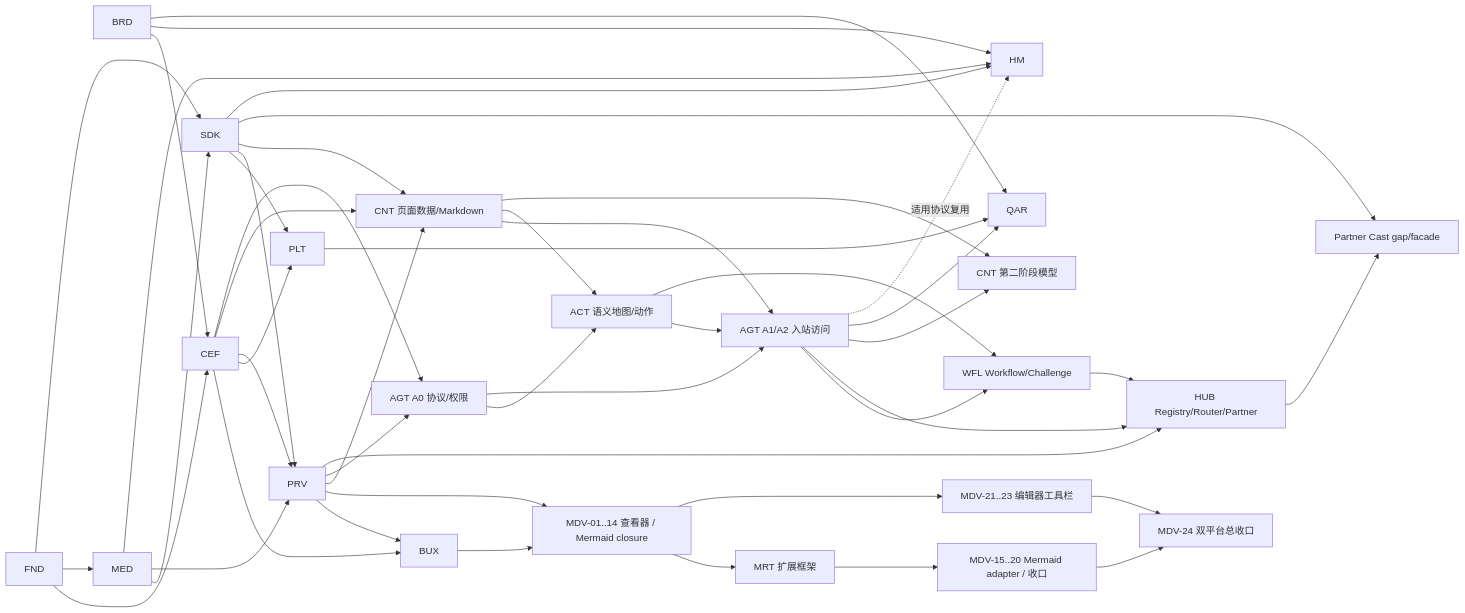
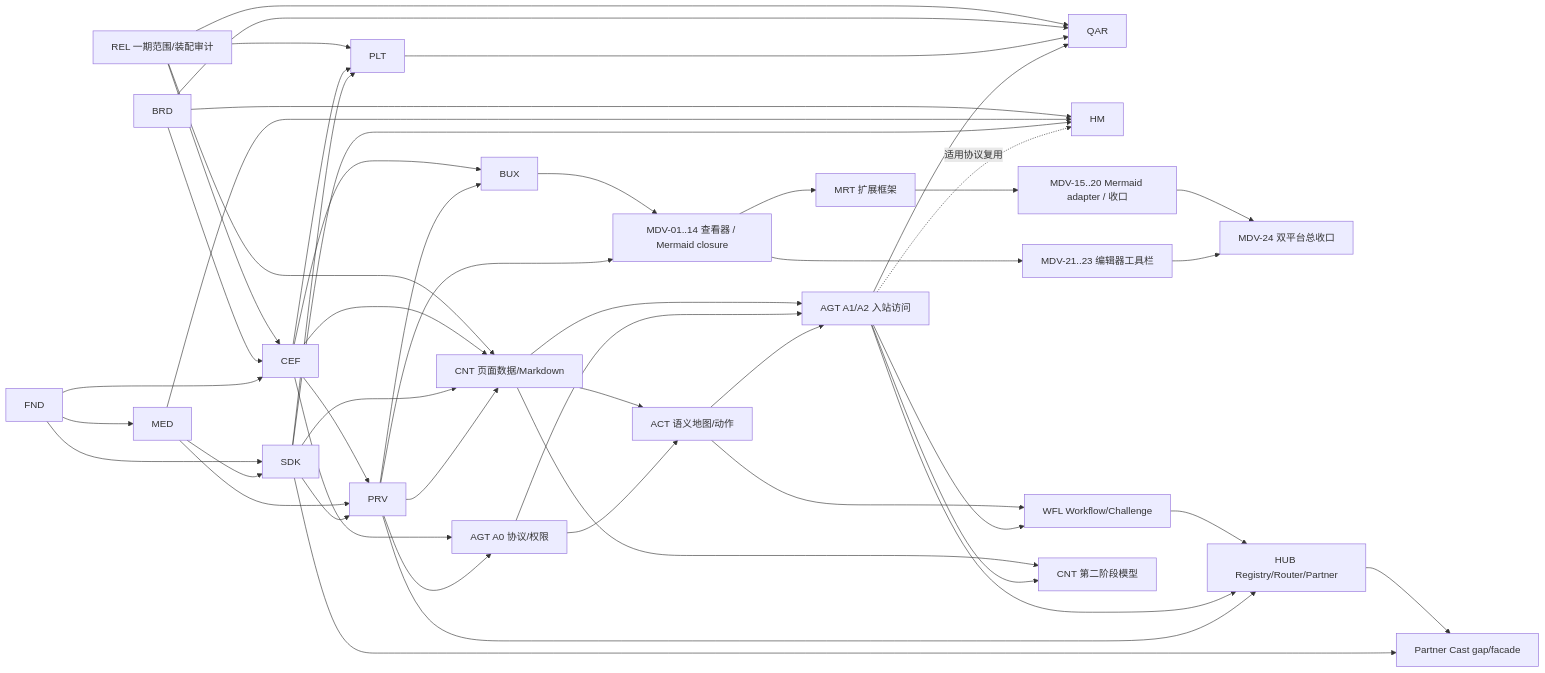
Before and after one commit to shenyingjun5/crayon-browser: the diagram in docs/crayon-private-cast-browser-roadmap.md, drawn with Mermaid. The commit also changed other lines of this file and 9 other files, not shown here.

Commit message:
docs(roadmap): define first release scope

````diff
--- a/docs/crayon-private-cast-browser-roadmap.md
+++ b/docs/crayon-private-cast-browser-roadmap.md
@@ -59,48 +60,52 @@
 ```mermaid
 flowchart LR
+  REL["REL 一期范围/装配审计"] --> CEF
+  REL --> CNT
+  REL --> PLT
+  REL --> QAR
   BRD --> CEF
   BRD --> HM
   BRD --> QAR
   FND --> CEF
   CEF --> BUX
   PRV --> BUX
   BUX --> MDVBASE["MDV-01..14 查看器 / Mermaid closure"]
   PRV --> MDVBASE
   MDVBASE --> MRT["MRT 扩展框架"]
   MRT --> MDVEXT["MDV-15..20 Mermaid adapter / 收口"]
   MDVBASE --> MDVTOOL["MDV-21..23 编辑器工具栏"]
   MDVEXT --> MDVFINAL["MDV-24 双平台总收口"]
   MDVTOOL --> MDVFINAL
   FND --> MED
   FND --> SDK
   MED --> SDK
   CEF --> PLT
   SDK --> PLT
   CEF --> PRV
   MED --> PRV
   SDK --> PRV
   CEF --> CNT["CNT 页面数据/Markdown"]
   SDK --> CNT
   PRV --> CNT
   CEF --> AGT0["AGT A0 协议/权限"]
   PRV --> AGT0
   CNT --> AGT1["AGT A1/A2 入站访问"]
   CNT --> ACT["ACT 语义地图/动作"]
   AGT0 --> ACT
   AGT0 --> AGT1
   ACT --> AGT1
   ACT --> WFL["WFL Workflow/Challenge"]
   AGT1 --> WFL
   WFL --> HUB["HUB Registry/Router/Partner"]
   AGT1 --> HUB
   PRV --> HUB
   CNT --> MODEL["CNT 第二阶段模型"]
   AGT1 --> MODEL
   HUB --> PC["Partner Cast gap/facade"]
   SDK --> PC
   PLT --> QAR
   AGT1 --> QAR
   MED --> HM
   SDK --> HM
   AGT1 -. "适用协议复用" .-> HM
 ```
````
